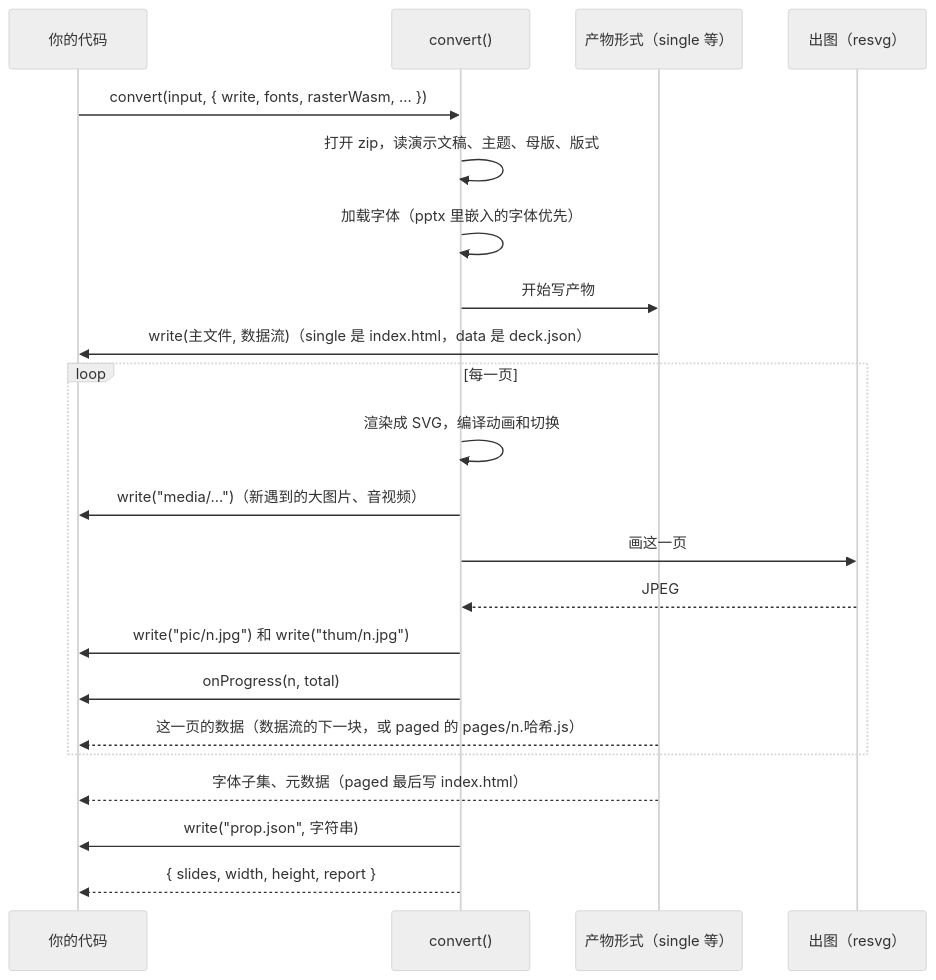
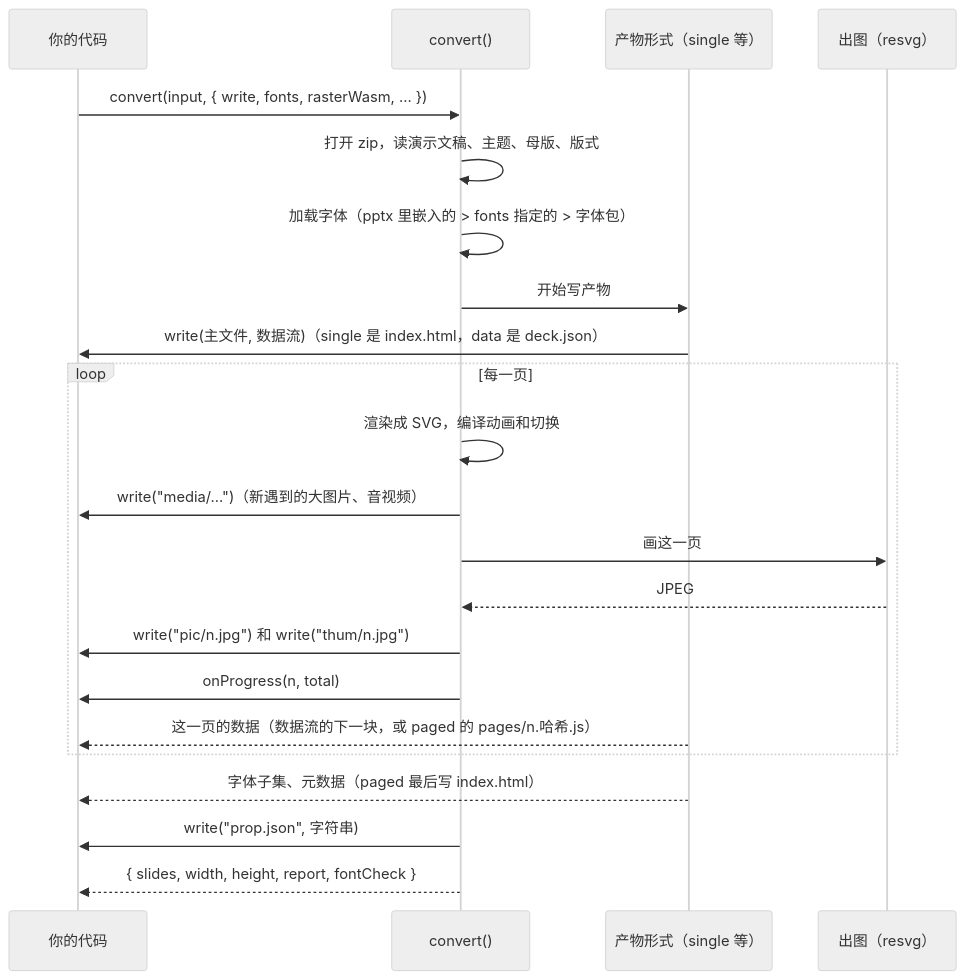
One commit to spitmaster/unppt changed the third of 5 diagrams in docs/zh/usage.md. Above: the diagram before and after it, drawn with Mermaid (neutral theme). The commit also changed other lines of this file and 15 other files, not shown here.

````diff
--- a/docs/zh/usage.md
+++ b/docs/zh/usage.md
@@ -265,24 +309,24 @@
 ```mermaid
 sequenceDiagram
   participant App as 你的代码
   participant C as convert()
   participant F as 产物形式（single 等）
   participant R as 出图（resvg）
   App->>C: convert(input, { write, fonts, rasterWasm, ... })
   C->>C: 打开 zip，读演示文稿、主题、母版、版式
-  C->>C: 加载字体（pptx 里嵌入的字体优先）
+  C->>C: 加载字体（pptx 里嵌入的 > fonts 指定的 > 字体包）
   C->>F: 开始写产物
   F->>App: write(主文件, 数据流)（single 是 index.html，data 是 deck.json）
   loop 每一页
     C->>C: 渲染成 SVG，编译动画和切换
     C->>App: write("media/...")（新遇到的大图片、音视频）
     C->>R: 画这一页
     R-->>C: JPEG
     C->>App: write("pic/n.jpg") 和 write("thum/n.jpg")
     C->>App: onProgress(n, total)
     F-->>App: 这一页的数据（数据流的下一块，或 paged 的 pages/n.哈希.js）
   end
   F-->>App: 字体子集、元数据（paged 最后写 index.html）
   C->>App: write("prop.json", 字符串)
-  C-->>App: { slides, width, height, report }
+  C-->>App: { slides, width, height, report, fontCheck }
 ```
````
